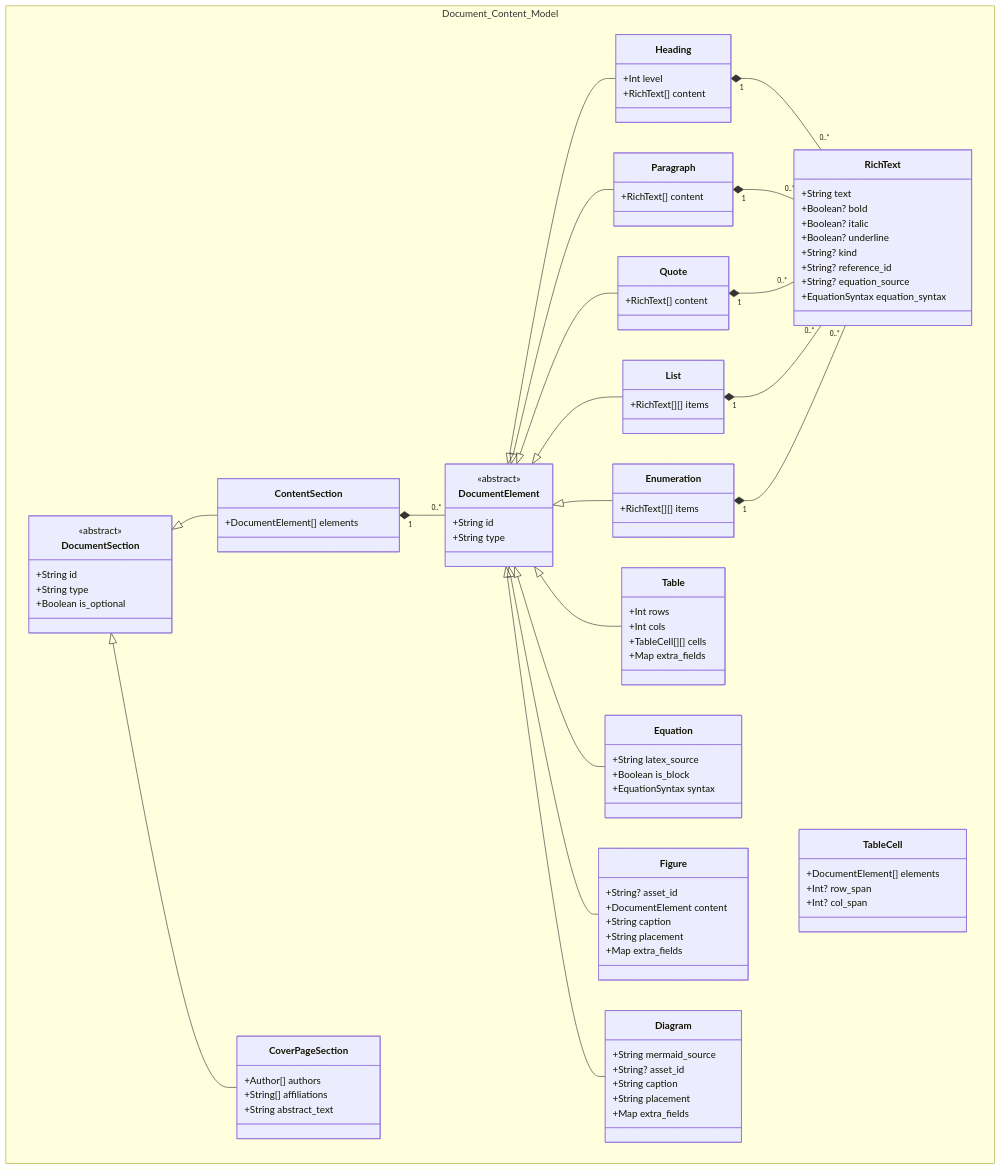
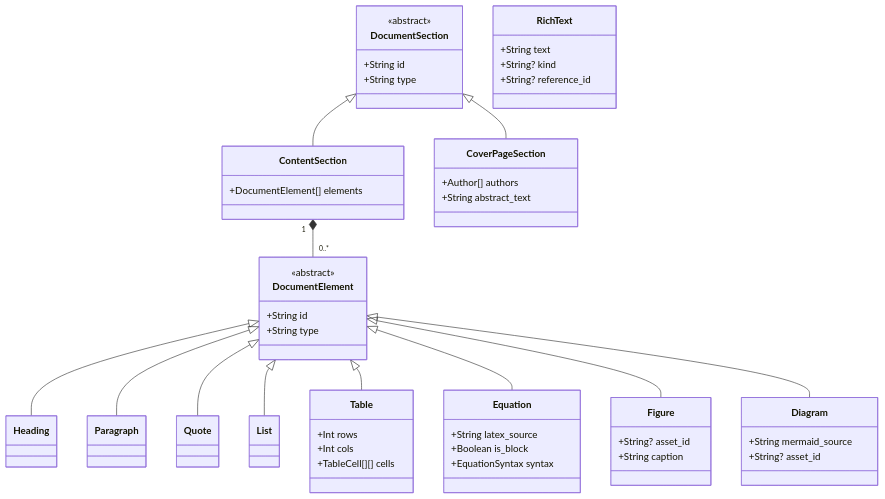
The second of 6 diagrams in context/class-diagrams.md (andmoreduro/ergo), drawn with Mermaid before and after one commit. The commit also changed other lines of this file and 374 other files, not shown here.

````diff
--- a/context/class-diagrams.md
+++ b/context/class-diagrams.md
@@ -71,97 +56,45 @@
 ```mermaid
 classDiagram
-    namespace Document_Content_Model {
-        class DocumentSection {
-            <<abstract>>
-            +String id
-            +String type
-            +Boolean is_optional
-        }
-
-        class ContentSection {
-            +DocumentElement[] elements
-        }
-
-        class CoverPageSection {
-            +Author[] authors
-            +String[] affiliations
-            +String abstract_text
-        }
-
-        class DocumentElement {
-            <<abstract>>
-            +String id
-            +String type
-        }
-
-        class Heading {
-            +Int level
-            +RichText[] content
-        }
-
-        class Paragraph {
-            +RichText[] content
-        }
-
-        class RichText {
-            +String text
-            +Boolean? bold
-            +Boolean? italic
-            +Boolean? underline
-            +String? kind
-            +String? reference_id
-            +String? equation_source
-            +EquationSyntax equation_syntax
-        }
-
-        class TableCell {
-            +DocumentElement[] elements
-            +Int? row_span
-            +Int? col_span
-        }
-
-        class Table {
-            +Int rows
-            +Int cols
-            +TableCell[][] cells
-            +Map extra_fields
-        }
-
-        class Equation {
-            +String latex_source
-            +Boolean is_block
-            +EquationSyntax syntax
-        }
-
-        class Figure {
-            +String? asset_id
-            +DocumentElement content
-            +String caption
-            +String placement
-            +Map extra_fields
-        }
-
-        class Quote {
-            +RichText[] content
-        }
-
-        class List {
-            +RichText[][] items
-        }
-
-        class Enumeration {
-            +RichText[][] items
-        }
-
-        class Diagram {
-            +String mermaid_source
-            +String? asset_id
-            +String caption
-            +String placement
-            +Map extra_fields
-        }
+    class DocumentSection {
+        <<abstract>>
+        +String id
+        +String type
     }
-
+    class ContentSection {
+        +DocumentElement[] elements
+    }
+    class CoverPageSection {
+        +Author[] authors
+        +String abstract_text
+    }
+    class DocumentElement {
+        <<abstract>>
+        +String id
+        +String type
+    }
+    class RichText {
+        +String text
+        +String? kind
+        +String? reference_id
+    }
+    class Table {
+        +Int rows
+        +Int cols
+        +TableCell[][] cells
+    }
+    class Equation {
+        +String latex_source
+        +Boolean is_block
+        +EquationSyntax syntax
+    }
+    class Figure {
+        +String? asset_id
+        +String caption
+    }
+    class Diagram {
+        +String mermaid_source
+        +String? asset_id
+    }
     DocumentSection <|-- ContentSection
     DocumentSection <|-- CoverPageSection
     ContentSection "1" *-- "0..*" DocumentElement
@@ -169,14 +102,8 @@
     DocumentElement <|-- Paragraph
     DocumentElement <|-- Quote
     DocumentElement <|-- List
-    DocumentElement <|-- Enumeration
     DocumentElement <|-- Table
     DocumentElement <|-- Equation
     DocumentElement <|-- Figure
     DocumentElement <|-- Diagram
-    Heading "1" *-- "0..*" RichText
-    Paragraph "1" *-- "0..*" RichText
-    Quote "1" *-- "0..*" RichText
-    List "1" *-- "0..*" RichText
-    Enumeration "1" *-- "0..*" RichText
 ```
````
